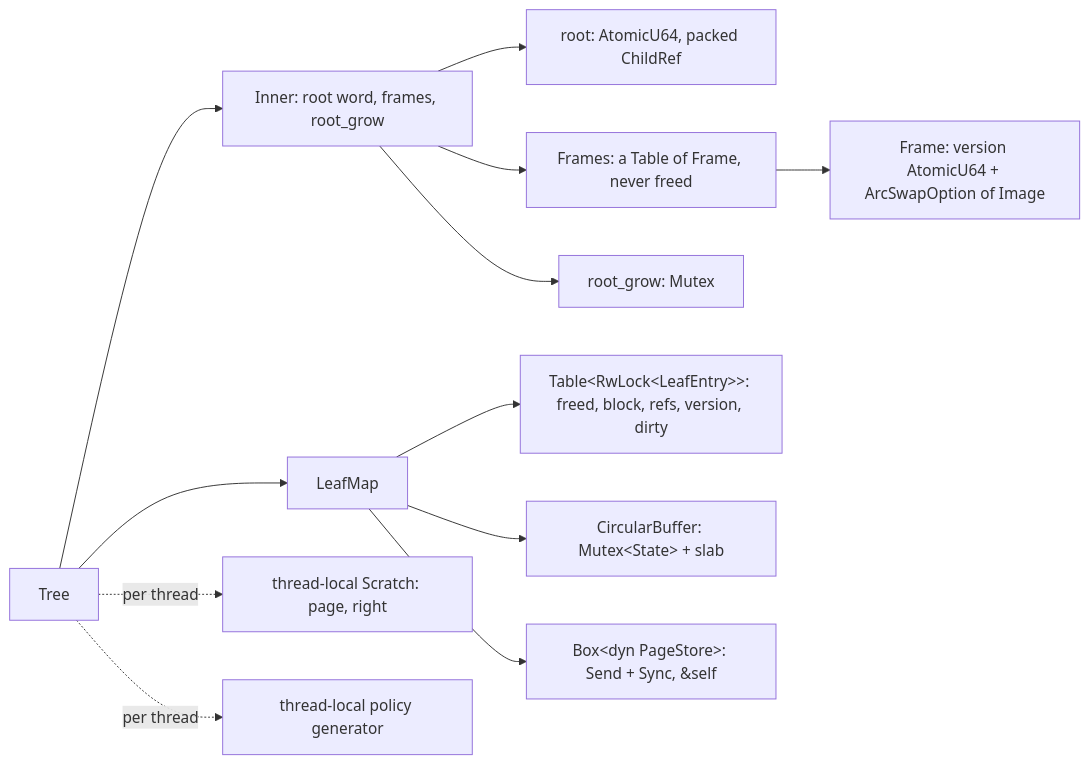
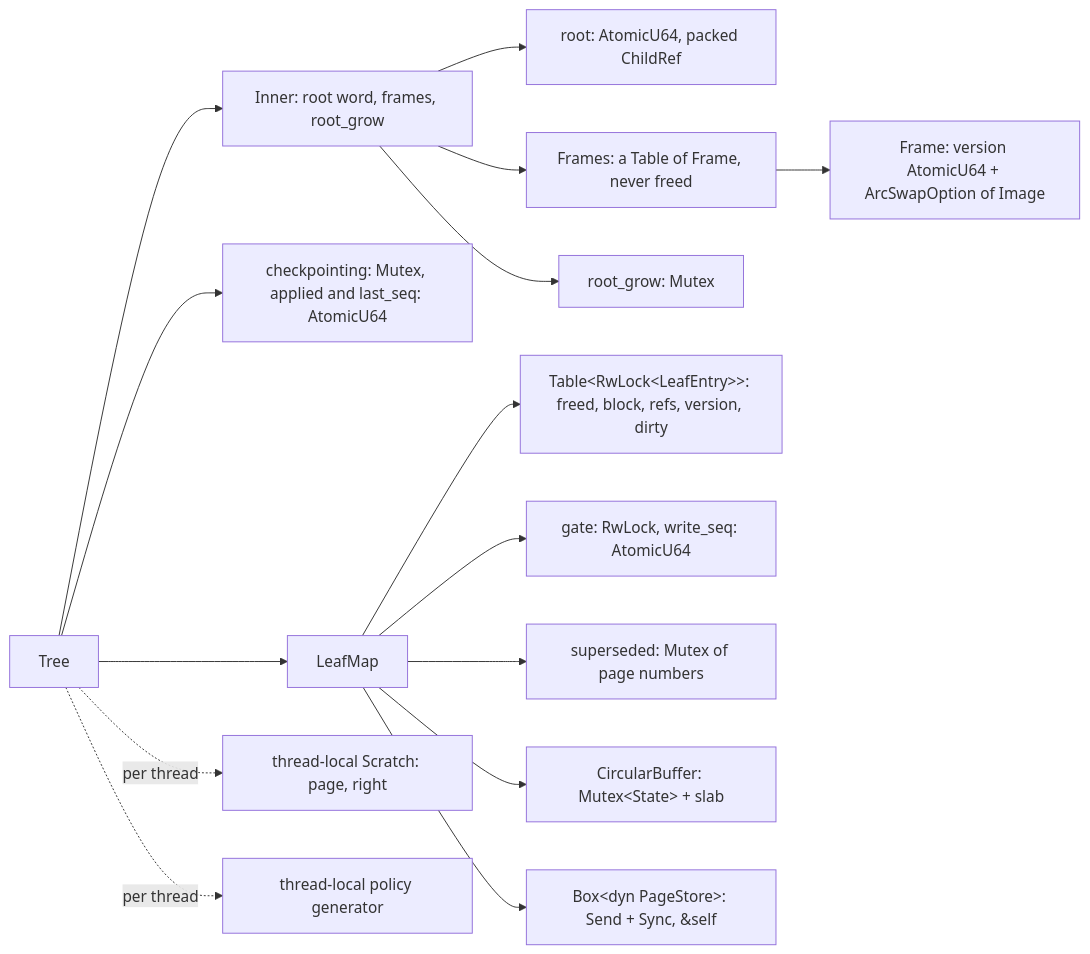
One commit to raydatray/peppydb changed the first of 4 diagrams in docs/design/bf-tree-concurrency.md. Above: the diagram before and after it, drawn with Mermaid. The commit also changed other lines of this file and 16 other files, not shown here.

````diff
--- a/docs/design/bf-tree-concurrency.md
+++ b/docs/design/bf-tree-concurrency.md
@@ -41,14 +45,17 @@
 ```mermaid
 flowchart LR
     Tree --> Inner["Inner: root word, frames, root_grow"]
     Inner --> Root["root: AtomicU64, packed ChildRef"]
     Inner --> F["Frames: a Table of Frame, never freed"]
     F --> Fr["Frame: version AtomicU64 + ArcSwapOption of Image"]
     Inner --> RG["root_grow: Mutex"]
+    Tree --> CK["checkpointing: Mutex, applied and last_seq: AtomicU64"]
     Tree --> Map["LeafMap"]
     Map --> E["Table&lt;RwLock&lt;LeafEntry&gt;&gt;: freed, block, refs, version, dirty"]
+    Map --> GT["gate: RwLock, write_seq: AtomicU64"]
+    Map --> SS["superseded: Mutex of page numbers"]
     Map --> CB["CircularBuffer: Mutex&lt;State&gt; + slab"]
     Map --> PS["Box&lt;dyn PageStore&gt;: Send + Sync, &amp;self"]
     Tree -. per thread .-> S["thread-local Scratch: page, right"]
     Tree -. per thread .-> G["thread-local policy generator"]
 ```
````
